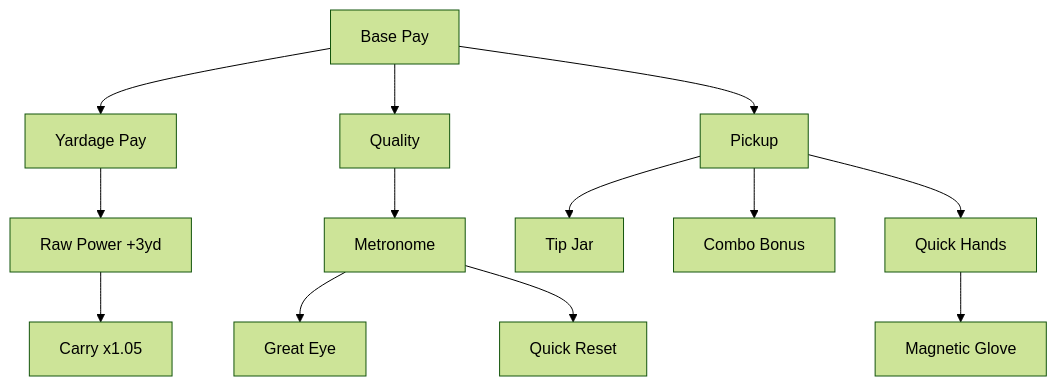
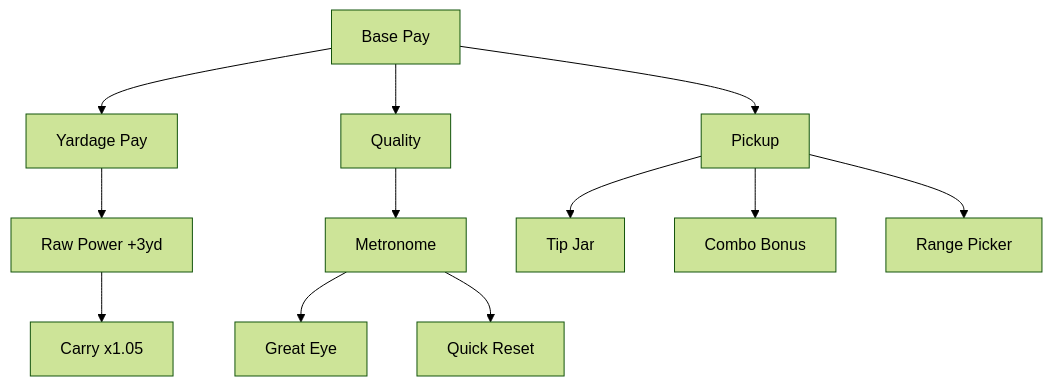
Before and after one commit to bicrick/golf_incremental: the diagram in docs/v2/04-upgrade-tree.md, drawn with Mermaid (forest theme). The commit also changed other lines of this file and 18 other files, not shown here.

````diff
--- a/docs/v2/04-upgrade-tree.md
+++ b/docs/v2/04-upgrade-tree.md
@@ -15,15 +15,14 @@
 ```mermaid
 flowchart TB
   basePay[Base Pay] --> yardagePay[Yardage Pay]
   basePay --> quality[Quality]
   basePay --> pickup[Pickup]
   yardagePay --> rawPower[Raw Power +3yd]
   rawPower --> carry[Carry x1.05]
   quality --> metronome[Metronome]
   metronome --> greatEye[Great Eye]
   metronome --> quickReset[Quick Reset]
   pickup --> tipJar[Tip Jar]
   pickup --> comboBonus[Combo Bonus]
-  pickup --> quickHands[Quick Hands]
-  quickHands --> magneticGlove[Magnetic Glove]
+  pickup --> rangePicker[Range Picker]
 ```
````
